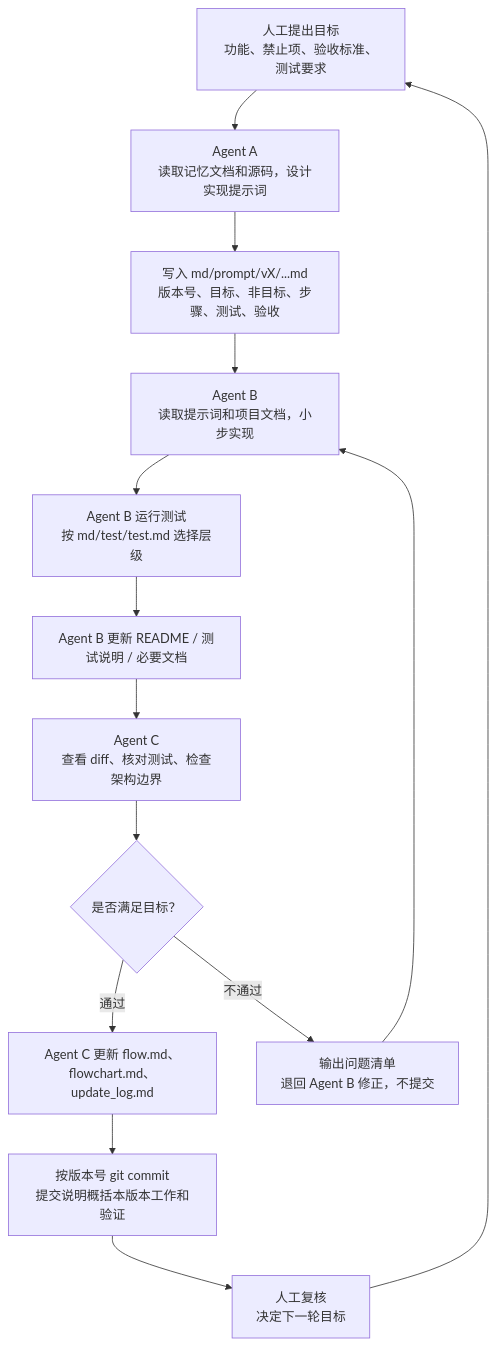
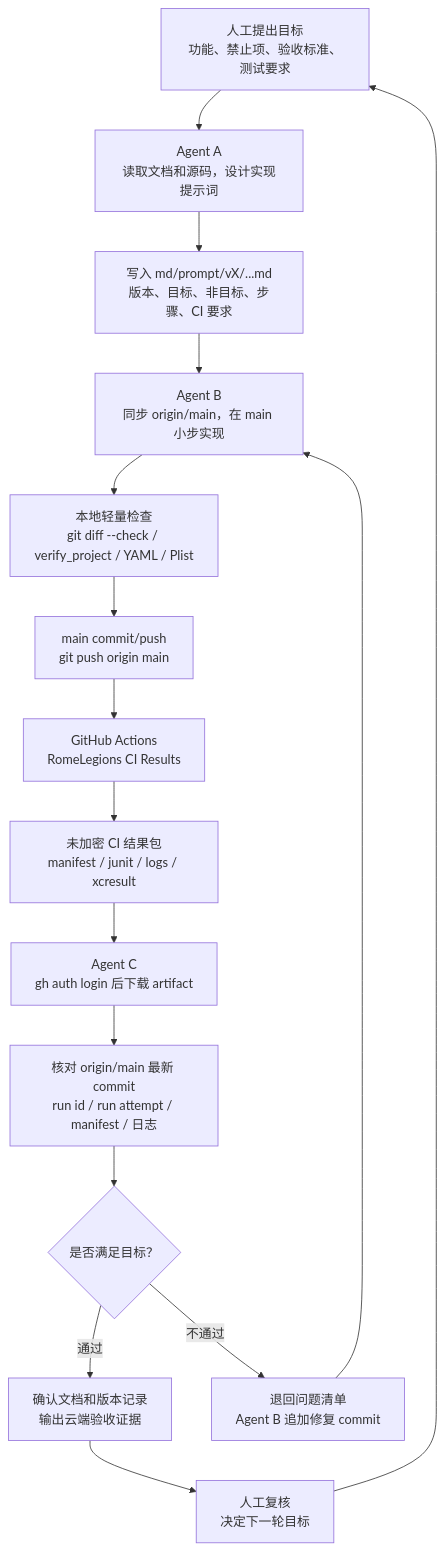
One commit to Altman-sam114/119 changed the fourth of 5 diagrams in md/flow/flowchart.md. Above: the diagram before and after it, drawn with Mermaid. The commit also changed other lines of this file and 8 other files, not shown here.

````diff
--- a/md/flow/flowchart.md
+++ b/md/flow/flowchart.md
@@ -64,16 +64,18 @@
 ```mermaid
 flowchart TD
-    A["人工提出目标<br/>功能、禁止项、验收标准、测试要求"] --> B["Agent A<br/>读取记忆文档和源码，设计实现提示词"]
-    B --> C["写入 md/prompt/vX/...md<br/>版本号、目标、非目标、步骤、测试、验收"]
-    C --> D["Agent B<br/>读取提示词和项目文档，小步实现"]
-    D --> E["Agent B 运行测试<br/>按 md/test/test.md 选择层级"]
-    E --> F["Agent B 更新 README / 测试说明 / 必要文档"]
-    F --> G["Agent C<br/>查看 diff、核对测试、检查架构边界"]
-    G --> H{"是否满足目标？"}
-    H -->|通过| I["Agent C 更新 flow.md、flowchart.md、update_log.md"]
-    I --> L["按版本号 git commit<br/>提交说明概括本版本工作和验证"]
-    H -->|不通过| J["输出问题清单<br/>退回 Agent B 修正，不提交"]
-    L --> K["人工复核<br/>决定下一轮目标"]
-    J --> D
-    K --> A
+    A["人工提出目标<br/>功能、禁止项、验收标准、测试要求"] --> B["Agent A<br/>读取文档和源码，设计实现提示词"]
+    B --> C["写入 md/prompt/vX/...md<br/>版本、目标、非目标、步骤、CI 要求"]
+    C --> D["Agent B<br/>同步 origin/main，在 main 小步实现"]
+    D --> E["本地轻量检查<br/>git diff --check / verify_project / YAML / Plist"]
+    E --> F["main commit/push<br/>git push origin main"]
+    F --> G["GitHub Actions<br/>RomeLegions CI Results"]
+    G --> H["未加密 CI 结果包<br/>manifest / junit / logs / xcresult"]
+    H --> I["Agent C<br/>gh auth login 后下载 artifact"]
+    I --> J["核对 origin/main 最新 commit<br/>run id / run attempt / manifest / 日志"]
+    J --> K{"是否满足目标？"}
+    K -->|通过| L["确认文档和版本记录<br/>输出云端验收证据"]
+    K -->|不通过| M["退回问题清单<br/>Agent B 追加修复 commit"]
+    M --> D
+    L --> N["人工复核<br/>决定下一轮目标"]
+    N --> A
 ```
````
